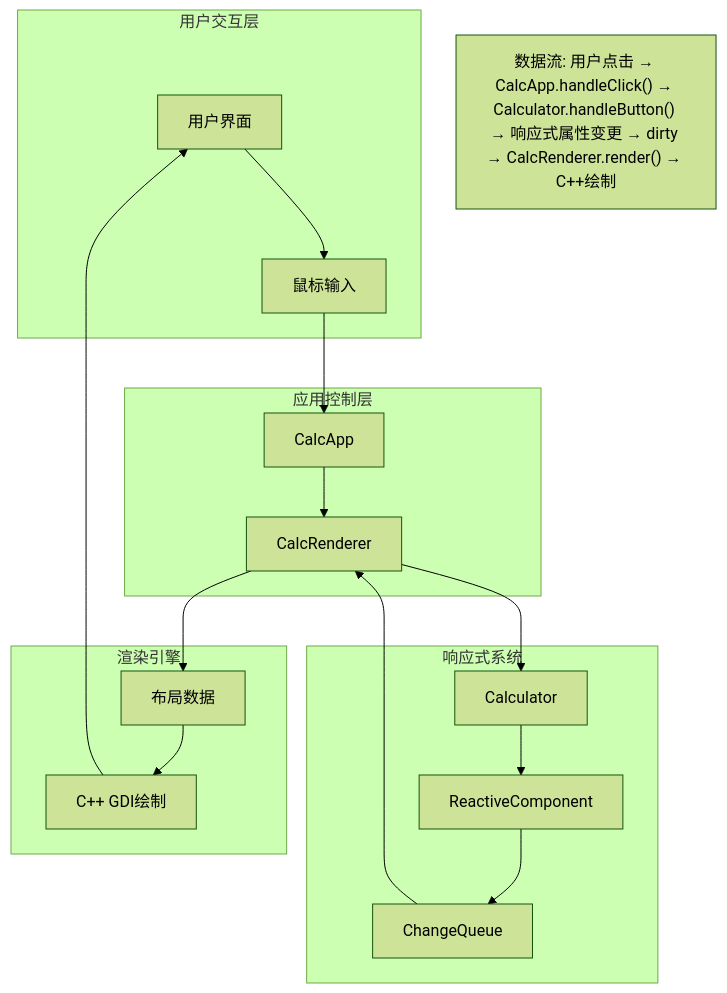
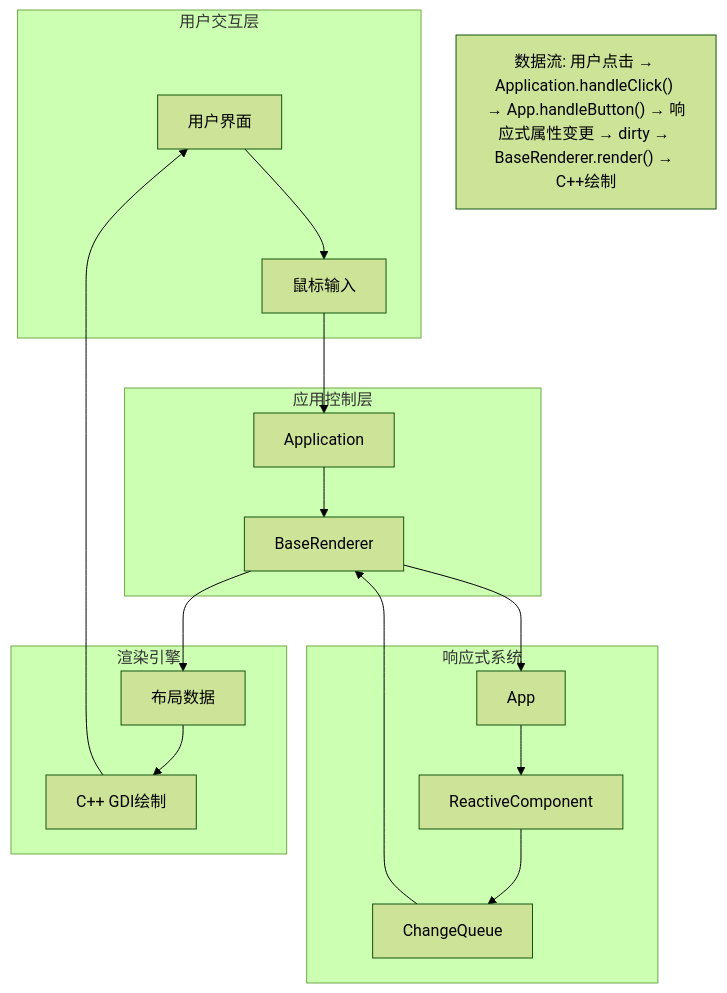
One commit to xingye00186/PHP-Data-UI-Framework-powered-by-swooleAOT changed the third of 8 diagrams in .qoder/repowiki/zh/content/架构设计/响应式系统架构/ReactiveComponent基类设计.md. Above: the diagram before and after it, drawn with Mermaid (forest theme). The commit also changed other lines of this file and 37 other files, not shown here.

````diff
--- a/.qoder/repowiki/zh/content/架构设计/响应式系统架构/ReactiveComponent基类设计.md
+++ b/.qoder/repowiki/zh/content/架构设计/响应式系统架构/ReactiveComponent基类设计.md
@@ -125,31 +139,31 @@
 ```mermaid
 graph TB
 subgraph "用户交互层"
 UI[用户界面]
 INPUT[鼠标输入]
 end
 subgraph "应用控制层"
-APP[CalcApp]
-RENDERER[CalcRenderer]
+APP[Application]
+RENDERER[BaseRenderer]
 end
 subgraph "响应式系统"
 BASE[ReactiveComponent]
 QUEUE[ChangeQueue]
-COMPONENT[Calculator]
+COMPONENT[App]
 end
 subgraph "渲染引擎"
 LAYOUT[布局数据]
 GDI[C++ GDI绘制]
 end
 UI --> INPUT
 INPUT --> APP
 APP --> RENDERER
 RENDERER --> COMPONENT
 COMPONENT --> BASE
 BASE --> QUEUE
 QUEUE --> RENDERER
 RENDERER --> LAYOUT
 LAYOUT --> GDI
 GDI --> UI
-note1["数据流: 用户点击 → CalcApp.handleClick() → Calculator.handleButton() → 响应式属性变更 → dirty → CalcRenderer.render() → C++绘制"]
+note1["数据流: 用户点击 → Application.handleClick() → App.handleButton() → 响应式属性变更 → dirty → BaseRenderer.render() → C++绘制"]
 ```
````
